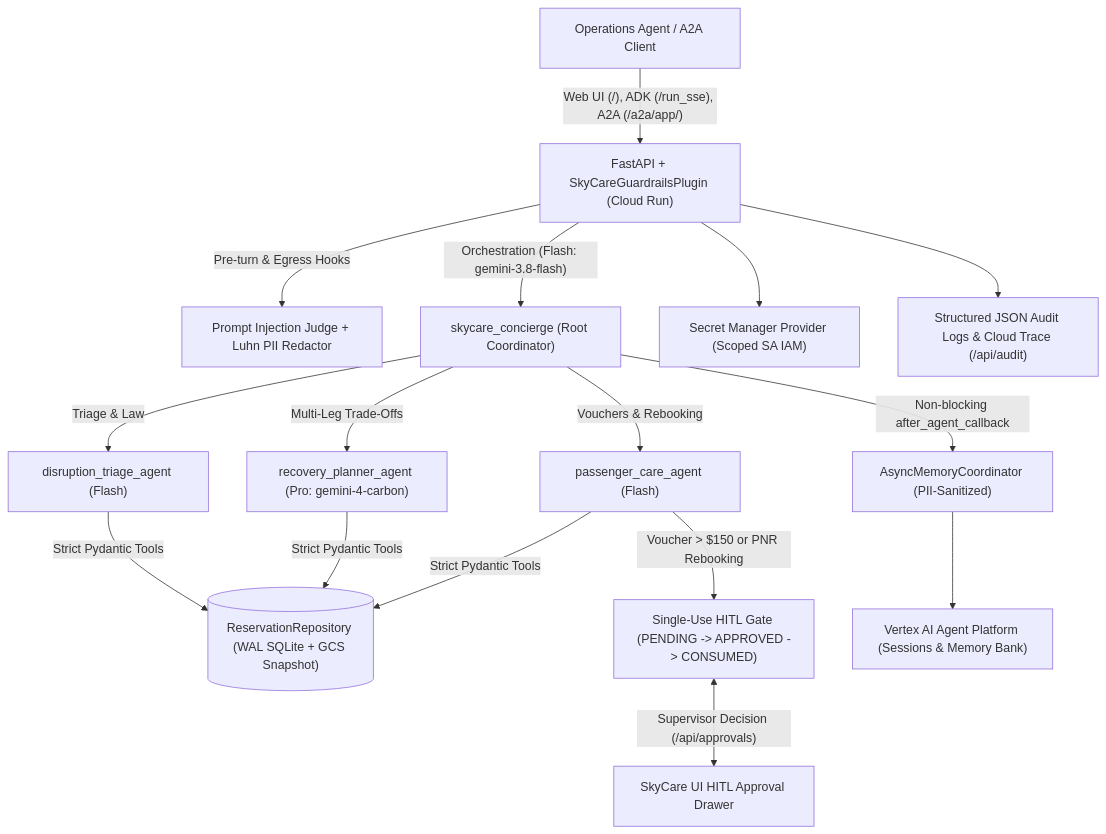
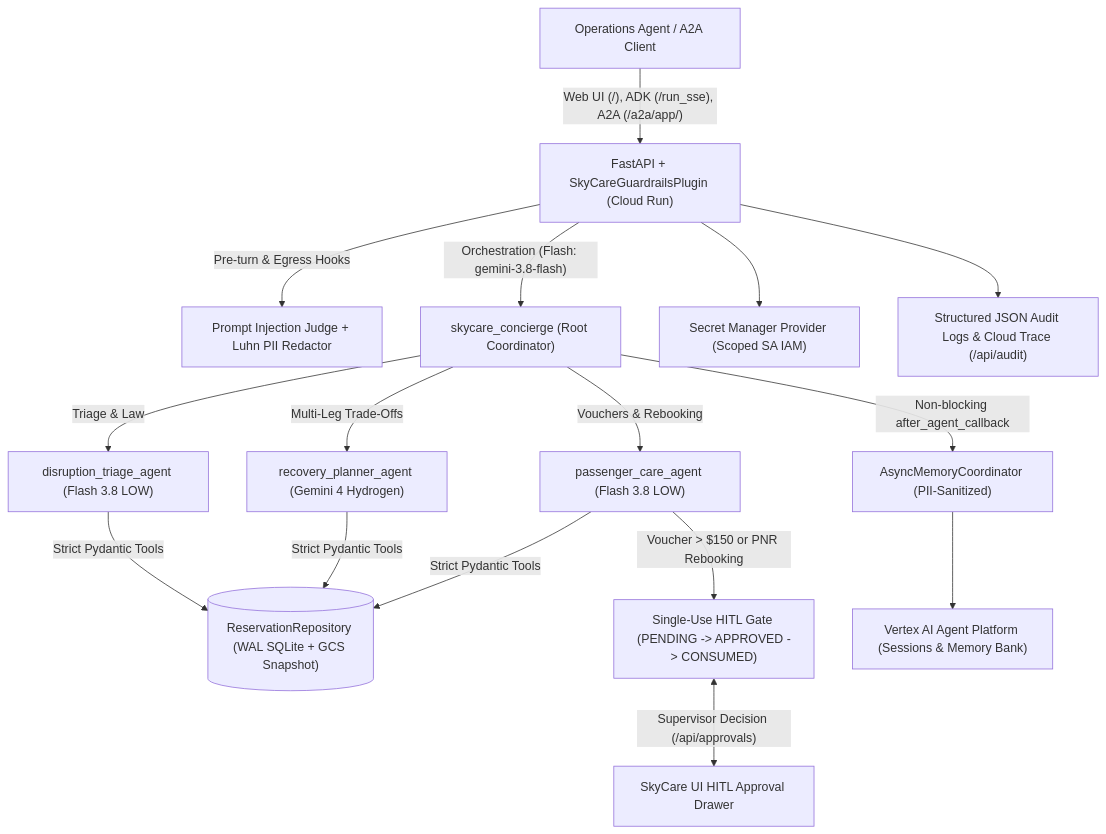
The diagram in README.md (tpiaggio/skycare-concierge), drawn with Mermaid before and after one commit. The commit also changed other lines of this file and 12 other files, not shown here.

Commit message:
perf: eliminate stalls with Gemini 4 Hydrogen, LOW thinking, hedging, and PNR pre-warm

````diff
--- a/README.md
+++ b/README.md
@@ -17,20 +17,20 @@
 ```mermaid
 flowchart TD
     Operator["Operations Agent / A2A Client"] -->|"Web UI (/), ADK (/run_sse), A2A (/a2a/app/)"| API["FastAPI + SkyCareGuardrailsPlugin (Cloud Run)"]
 
     API -->|"Pre-turn & Egress Hooks"| Guard["Prompt Injection Judge + Luhn PII Redactor"]
     API -->|"Orchestration (Flash: gemini-3.8-flash)"| Coord["skycare_concierge (Root Coordinator)"]
 
-    Coord -->|"Triage & Law"| Triage["disruption_triage_agent (Flash)"]
-    Coord -->|"Multi-Leg Trade-Offs"| Planner["recovery_planner_agent (Pro: gemini-4-carbon)"]
-    Coord -->|"Vouchers & Rebooking"| Care["passenger_care_agent (Flash)"]
+    Coord -->|"Triage & Law"| Triage["disruption_triage_agent (Flash 3.8 LOW)"]
+    Coord -->|"Multi-Leg Trade-Offs"| Planner["recovery_planner_agent (Gemini 4 Hydrogen)"]
+    Coord -->|"Vouchers & Rebooking"| Care["passenger_care_agent (Flash 3.8 LOW)"]
 
     Triage & Planner & Care -->|"Strict Pydantic Tools"| Repo[("ReservationRepository (WAL SQLite + GCS Snapshot)")]
     Care -->|"Voucher > $150 or PNR Rebooking"| HITL["Single-Use HITL Gate (PENDING -> APPROVED -> CONSUMED)"]
     HITL <-->|"Supervisor Decision (/api/approvals)"| Drawer["SkyCare UI HITL Approval Drawer"]
 
     Coord -->|"Non-blocking after_agent_callback"| AsyncMem["AsyncMemoryCoordinator (PII-Sanitized)"]
     AsyncMem --> MemBank["Vertex AI Agent Platform (Sessions & Memory Bank)"]
     API --> Secrets["Secret Manager Provider (Scoped SA IAM)"]
     API --> OTel["Structured JSON Audit Logs & Cloud Trace (/api/audit)"]
 ```
````
